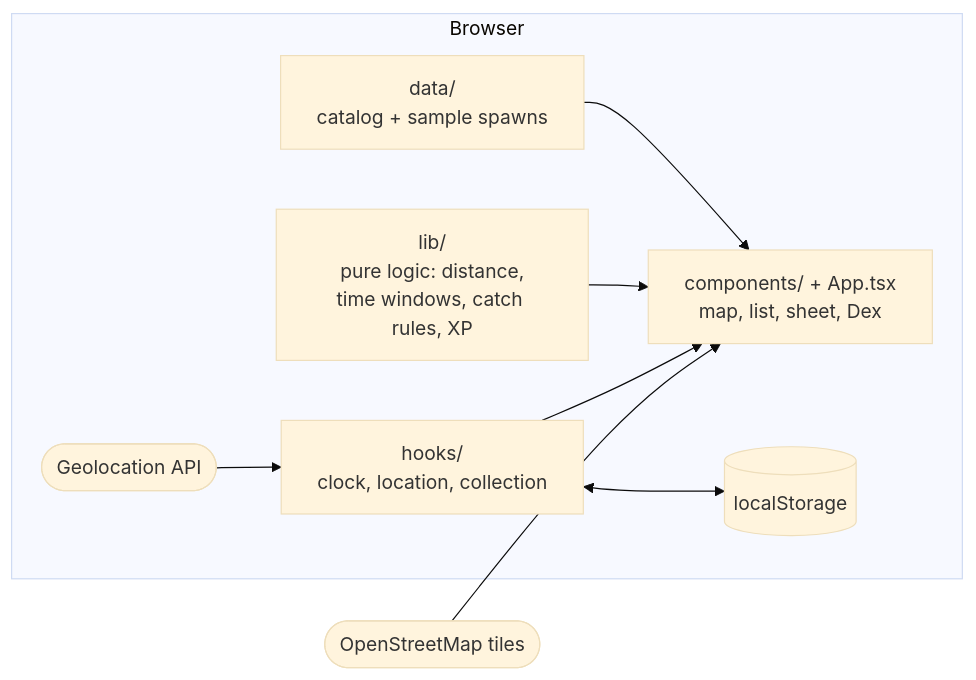
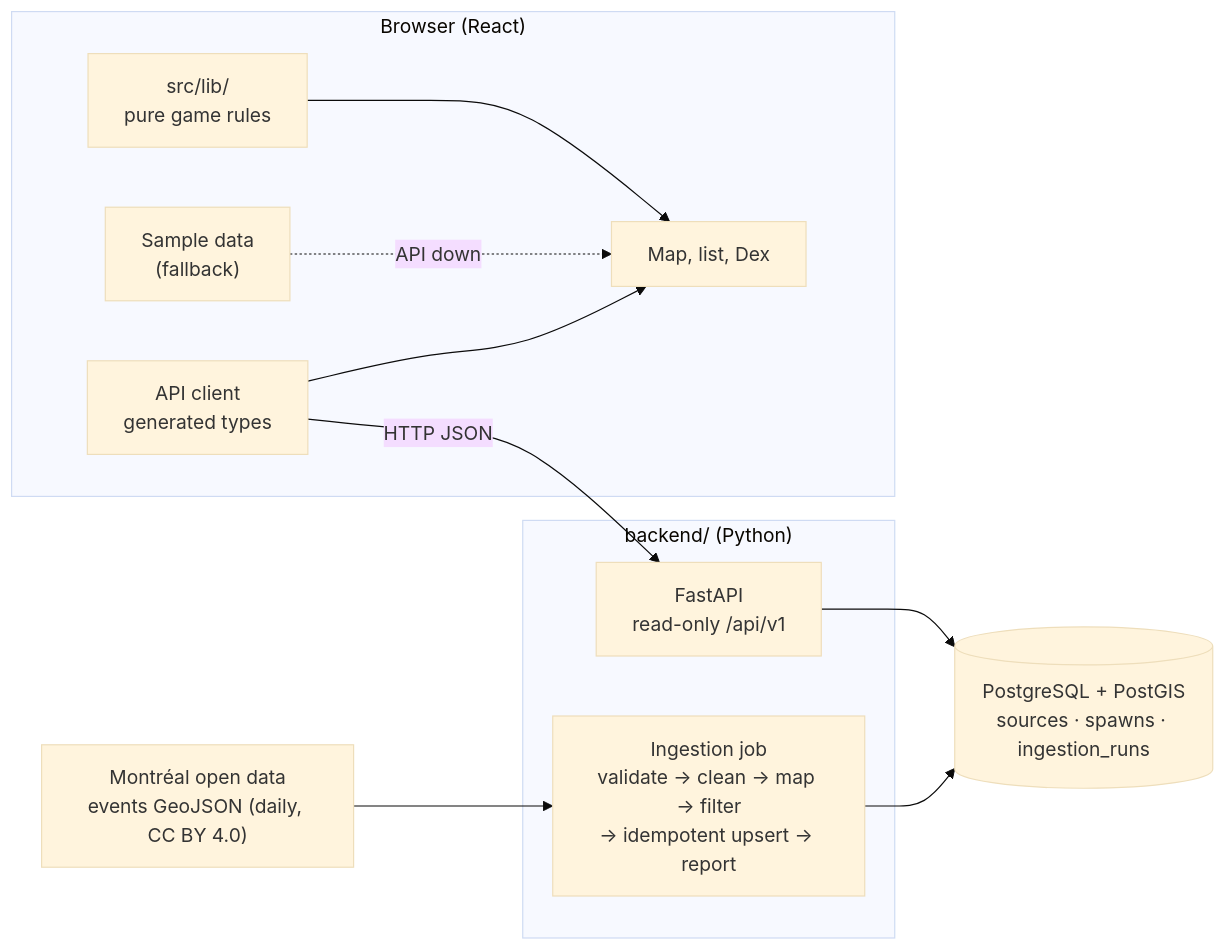
Before and after one commit to Alexssuto/spawn: the diagram in README.md, drawn with Mermaid (base theme). The commit also changed other lines of this file and 1 other file, not shown here.

Commit message:
Rewrite READMEs for the full-stack app: architecture, setup with real data, CI

````diff
--- a/README.md
+++ b/README.md
@@ -36,19 +40,25 @@
 ```mermaid
 flowchart LR
-    subgraph Browser
-        data["data/<br/>catalog + sample spawns"]
-        lib["lib/<br/>pure logic: distance,<br/>time windows, catch rules, XP"]
-        hooks["hooks/<br/>clock, location, collection"]
-        ui["components/ + App.tsx<br/>map, list, sheet, Dex"]
-        gps(["Geolocation API"])
-        store[("localStorage")]
+    od["Montréal open data<br/>events GeoJSON (daily, CC BY 4.0)"]
+
+    subgraph Backend["backend/ (Python)"]
+        ing["Ingestion job<br/>validate → clean → map → filter<br/>→ idempotent upsert → report"]
+        api["FastAPI<br/>read-only /api/v1"]
     end
-    tiles(["OpenStreetMap tiles"])
 
-    data --> ui
+    db[("PostgreSQL + PostGIS<br/>sources · spawns · ingestion_runs")]
+
+    subgraph Browser["Browser (React)"]
+        client["API client<br/>generated types"]
+        lib["src/lib/<br/>pure game rules"]
+        ui["Map, list, Dex"]
+        sample["Sample data<br/>(fallback)"]
+    end
+
+    od --> ing --> db
+    api --> db
+    client -->|"HTTP JSON"| api
+    client --> ui
+    sample -.->|"API down"| ui
     lib --> ui
-    hooks --> ui
-    gps --> hooks
-    hooks <--> store
-    tiles --> ui
 ```
````
